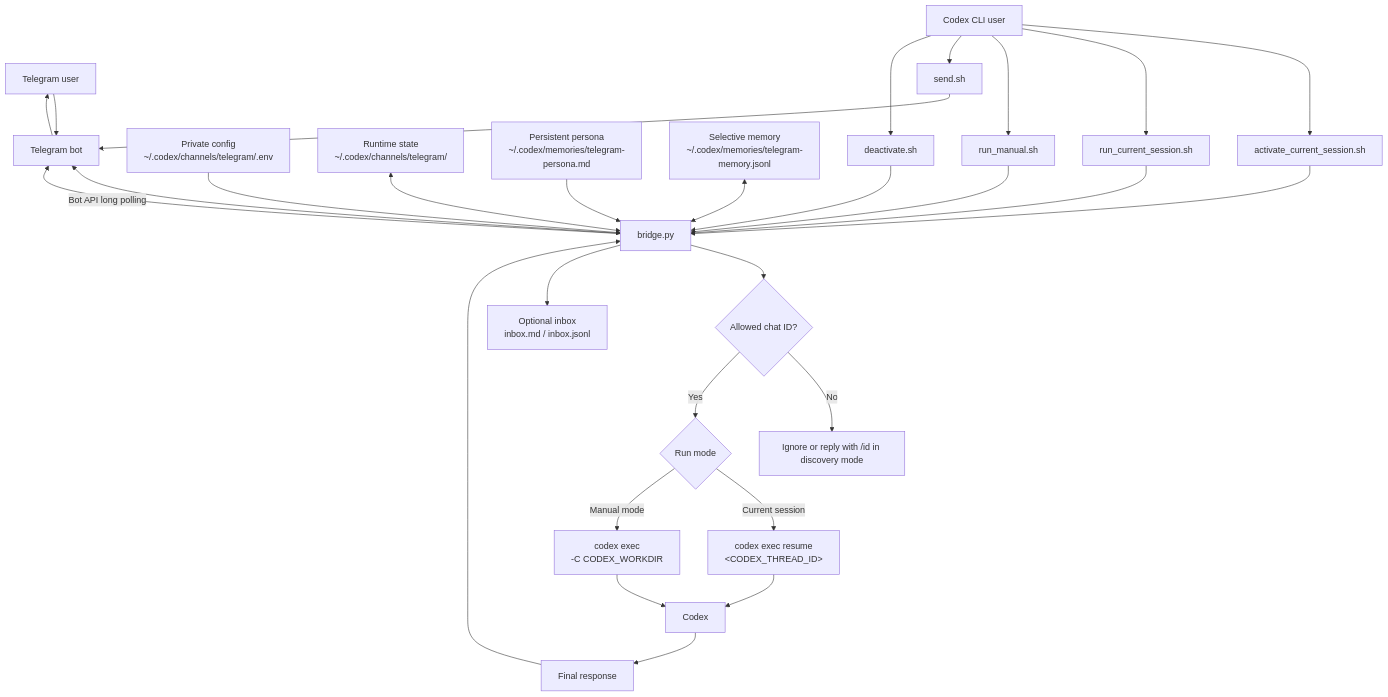
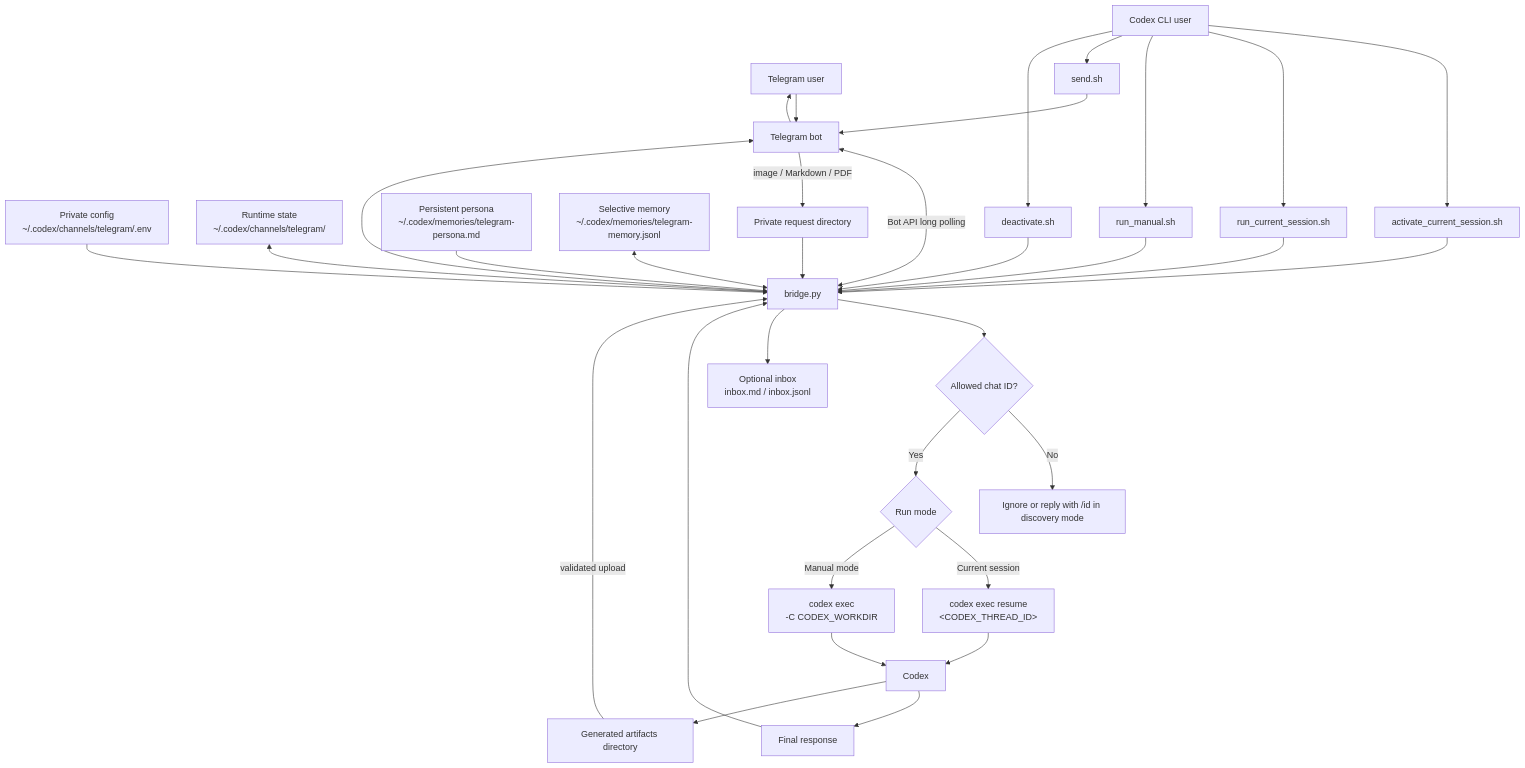
Before and after one commit to yingwang/codex-telegram-bridge: the diagram in README.md, drawn with Mermaid. The commit also changed other lines of this file and 6 other files, not shown here.

````diff
--- a/README.md
+++ b/README.md
@@ -34,38 +35,42 @@
 ```mermaid
 flowchart TD
   user[Telegram user] --> bot[Telegram bot]
   bot <-->|Bot API long polling| bridge[bridge.py]
 
   env[Private config<br/>~/.codex/channels/telegram/.env] --> bridge
   state[Runtime state<br/>~/.codex/channels/telegram/] <--> bridge
 
   bridge --> gate{Allowed chat ID?}
   gate -->|No| reject[Ignore or reply with /id in discovery mode]
   gate -->|Yes| mode{Run mode}
 
   mode -->|Current session| resume[codex exec resume<br/>&lt;CODEX_THREAD_ID&gt;]
   mode -->|Manual mode| exec[codex exec<br/>-C CODEX_WORKDIR]
 
   resume --> codex[Codex]
   exec --> codex
   codex --> reply[Final response]
   reply --> bridge
   bridge --> bot
   bot --> user
+  bot -->|image / Markdown / PDF| attachments[Private request directory]
+  attachments --> bridge
+  codex --> artifacts[Generated artifacts directory]
+  artifacts -->|validated upload| bridge
 
   bridge --> inbox[Optional inbox<br/>inbox.md / inbox.jsonl]
   persona[Persistent persona<br/>~/.codex/memories/telegram-persona.md] --> bridge
   memory[Selective memory<br/>~/.codex/memories/telegram-memory.jsonl] <--> bridge
 
   cli[Codex CLI user] --> activate[activate_current_session.sh]
   cli --> foreground[run_current_session.sh]
   cli --> manual[run_manual.sh]
   cli --> send[send.sh]
   cli --> stop[deactivate.sh]
 
   activate --> bridge
   foreground --> bridge
   manual --> bridge
   send --> bot
   stop --> bridge
 ```
````
